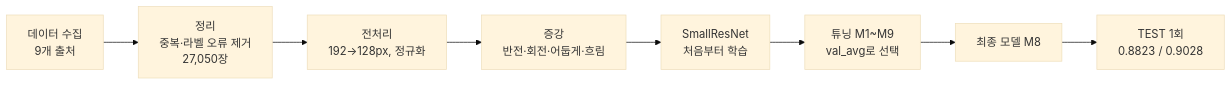
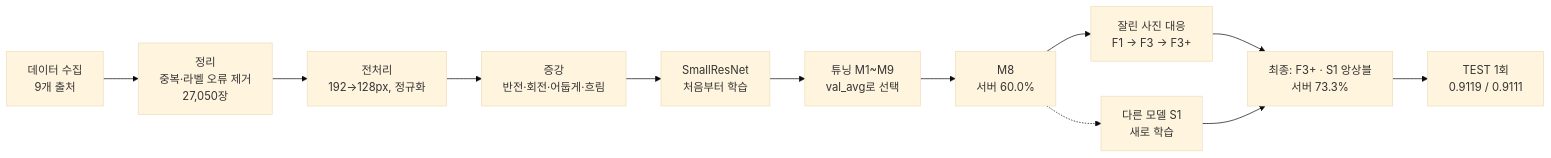
One commit to AnSeokHyeon1212/Garbage_Classification changed the first of 5 diagrams in README.md. Above: the diagram before and after it, drawn with Mermaid (base theme). The commit also changed other lines of this file and 34 other files, not shown here.

````diff
--- a/README.md
+++ b/README.md
@@ -16,10 +17,14 @@
 ```mermaid
 flowchart LR
     A["데이터 수집<br/>9개 출처"] --> B["정리<br/>중복·라벨 오류 제거<br/>27,050장"]
     B --> C["전처리<br/>192→128px, 정규화"]
     C --> D["증강<br/>반전·회전·어둡게·흐림"]
     D --> E["SmallResNet<br/>처음부터 학습"]
     E --> F["튜닝 M1~M9<br/>val_avg로 선택"]
-    F --> G["최종 모델 M8"]
-    G --> H["TEST 1회<br/>0.8823 / 0.9028"]
+    F --> G["M8<br/>서버 60.0%"]
+    G --> I["잘린 사진 대응<br/>F1 → F3 → F3+"]
+    G -.-> J["다른 모델 S1<br/>새로 학습"]
+    I --> K["최종: F3+ · S1 앙상블<br/>서버 73.3%"]
+    J --> K
+    K --> H["TEST 1회<br/>0.9119 / 0.9111"]
 ```
````
